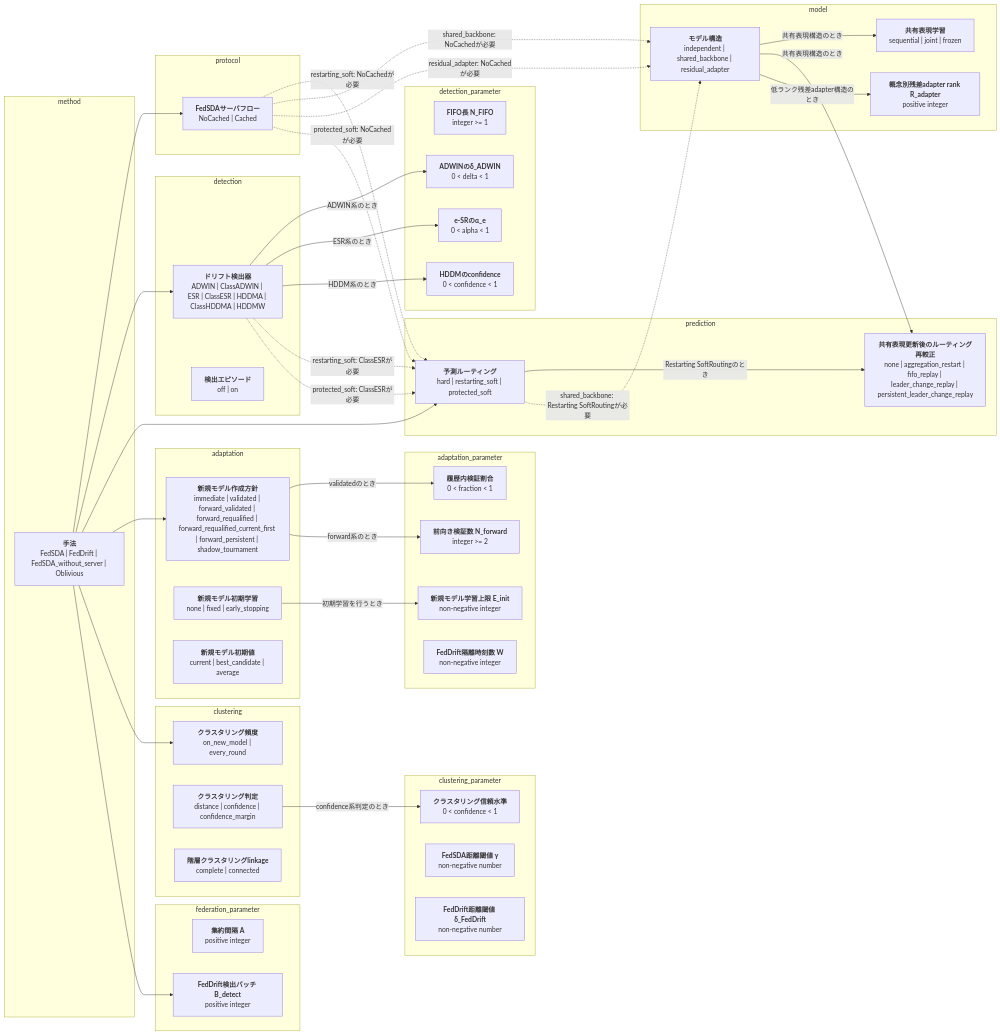
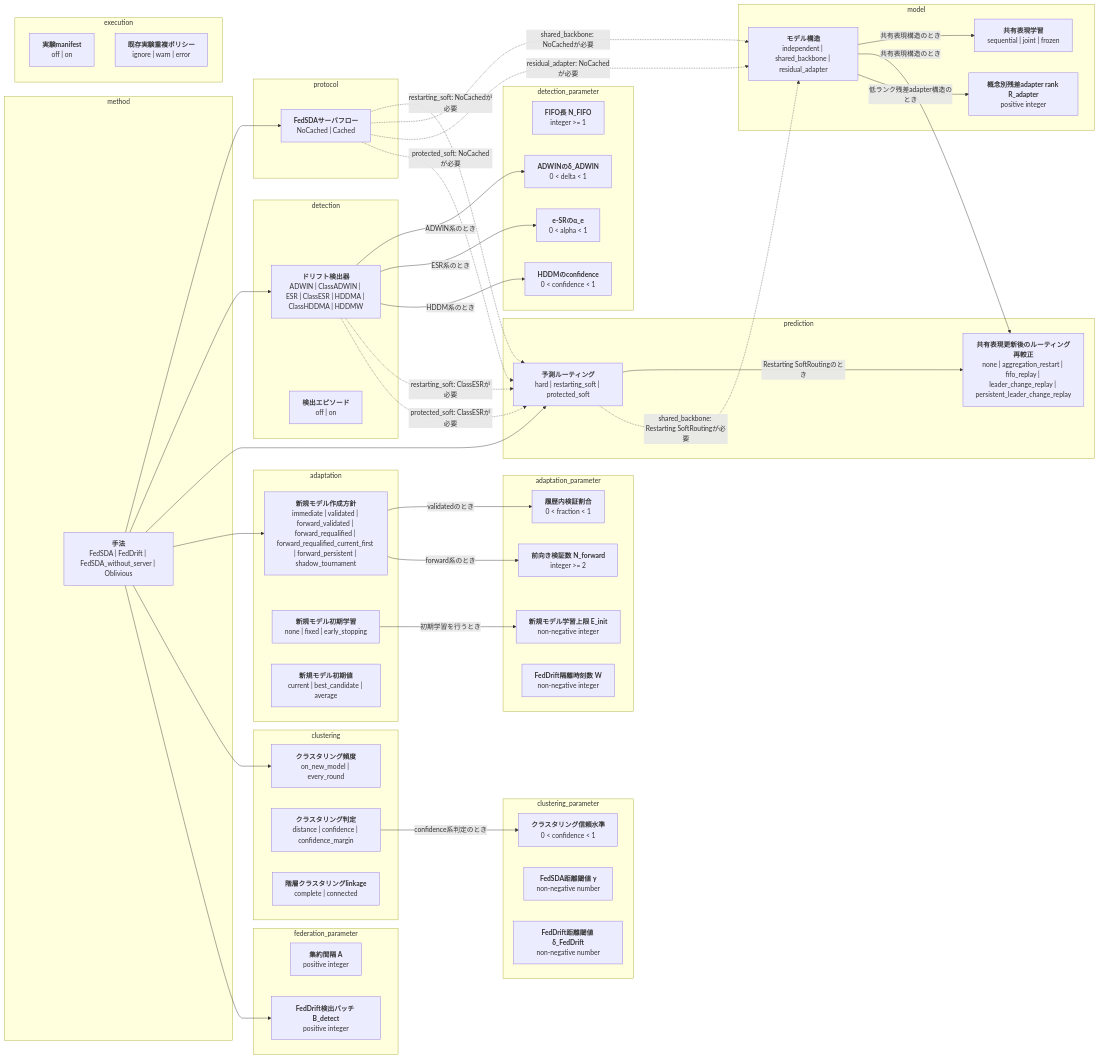
The first of 2 diagrams in docs/options.md (shimmen3141/FedSDA-experiment), drawn with Mermaid before and after one commit. The commit also changed other lines of this file and 8 other files, not shown here.

Commit message:
Add experiment manifests and duplicate auditing

````diff
--- a/docs/options.md
+++ b/docs/options.md
@@ -18,77 +18,81 @@
 ```mermaid
 flowchart LR
   subgraph group_method[method]
     method["<b>手法</b><br/>FedSDA | FedDrift | FedSDA_without_server | Oblivious"]
   end
   subgraph group_protocol[protocol]
     server_flow["<b>FedSDAサーバフロー</b><br/>NoCached | Cached"]
   end
   subgraph group_detection[detection]
     detector["<b>ドリフト検出器</b><br/>ADWIN | ClassADWIN | ESR | ClassESR | HDDMA | ClassHDDMA | HDDMW"]
     detection_episodes["<b>検出エピソード</b><br/>off | on"]
   end
   subgraph group_prediction[prediction]
     routing["<b>予測ルーティング</b><br/>hard | restarting_soft | protected_soft"]
     shared_backbone_routing_recalibration["<b>共有表現更新後のルーティング再較正</b><br/>none | aggregation_restart | fifo_replay | leader_change_replay | persistent_leader_change_replay"]
   end
   subgraph group_model[model]
     model_architecture["<b>モデル構造</b><br/>independent | shared_backbone | residual_adapter"]
     shared_backbone_training["<b>共有表現学習</b><br/>sequential | joint | frozen"]
     shared_adapter_rank["<b>概念別残差adapter rank R_adapter</b><br/>positive integer"]
   end
   subgraph group_adaptation[adaptation]
     new_model_creation_policy["<b>新規モデル作成方針</b><br/>immediate | validated | forward_validated | forward_requalified | forward_requalified_current_first | forward_persistent | shadow_tournament"]
     new_model_training["<b>新規モデル初期学習</b><br/>none | fixed | early_stopping"]
     new_model_initialization["<b>新規モデル初期値</b><br/>current | best_candidate | average"]
   end
   subgraph group_adaptation_parameter[adaptation_parameter]
     new_model_epochs["<b>新規モデル学習上限 E_init</b><br/>non-negative integer"]
     new_model_validation_fraction["<b>履歴内検証割合</b><br/>0 < fraction < 1"]
     new_model_forward_validation_samples["<b>前向き検証数 N_forward</b><br/>integer >= 2"]
     feddrift_isolation_timesteps["<b>FedDrift隔離時刻数 W</b><br/>non-negative integer"]
   end
   subgraph group_detection_parameter[detection_parameter]
     fifo_size["<b>FIFO長 N_FIFO</b><br/>integer >= 1"]
     adwin_delta["<b>ADWINのδ_ADWIN</b><br/>0 < delta < 1"]
     e_detector_alpha["<b>e-SRのα_e</b><br/>0 < alpha < 1"]
     hddm_drift_confidence["<b>HDDMのconfidence</b><br/>0 < confidence < 1"]
   end
   subgraph group_clustering[clustering]
     clustering_policy["<b>クラスタリング頻度</b><br/>on_new_model | every_round"]
     clustering_decision["<b>クラスタリング判定</b><br/>distance | confidence | confidence_margin"]
     cluster_linkage["<b>階層クラスタリングlinkage</b><br/>complete | connected"]
   end
   subgraph group_clustering_parameter[clustering_parameter]
     clustering_confidence["<b>クラスタリング信頼水準</b><br/>0 < confidence < 1"]
     fedsda_distance_threshold["<b>FedSDA距離閾値 γ</b><br/>non-negative number"]
     feddrift_distance_threshold["<b>FedDrift距離閾値 δ_FedDrift</b><br/>non-negative number"]
   end
   subgraph group_federation_parameter[federation_parameter]
     aggregation_interval["<b>集約間隔 A</b><br/>positive integer"]
     feddrift_detection_batch_size["<b>FedDrift検出バッチ B_detect</b><br/>positive integer"]
   end
+  subgraph group_execution[execution]
+    experiment_manifest["<b>実験manifest</b><br/>off | on"]
+    duplicate_policy["<b>既存実験重複ポリシー</b><br/>ignore | warn | error"]
+  end
   model_architecture -->|"共有表現構造のとき"| shared_backbone_training
   model_architecture -->|"共有表現構造のとき"| shared_backbone_routing_recalibration
   routing -->|"Restarting SoftRoutingのとき"| shared_backbone_routing_recalibration
   model_architecture -->|"低ランク残差adapter構造のとき"| shared_adapter_rank
   new_model_training -->|"初期学習を行うとき"| new_model_epochs
   new_model_creation_policy -->|"validatedのとき"| new_model_validation_fraction
   new_model_creation_policy -->|"forward系のとき"| new_model_forward_validation_samples
   detector -->|"ADWIN系のとき"| adwin_delta
   detector -->|"ESR系のとき"| e_detector_alpha
   detector -->|"HDDM系のとき"| hddm_drift_confidence
   clustering_decision -->|"confidence系判定のとき"| clustering_confidence
   server_flow -.->|"restarting_soft: NoCachedが必要"| routing
   detector -.->|"restarting_soft: ClassESRが必要"| routing
   server_flow -.->|"shared_backbone: NoCachedが必要"| model_architecture
   routing -.->|"shared_backbone: Restarting SoftRoutingが必要"| model_architecture
   server_flow -.->|"residual_adapter: NoCachedが必要"| model_architecture
   server_flow -.->|"protected_soft: NoCachedが必要"| routing
   detector -.->|"protected_soft: ClassESRが必要"| routing
   method --> server_flow
   method --> detector
   method --> routing
   method --> new_model_creation_policy
   method --> clustering_policy
   method --> feddrift_detection_batch_size
 ```
````
